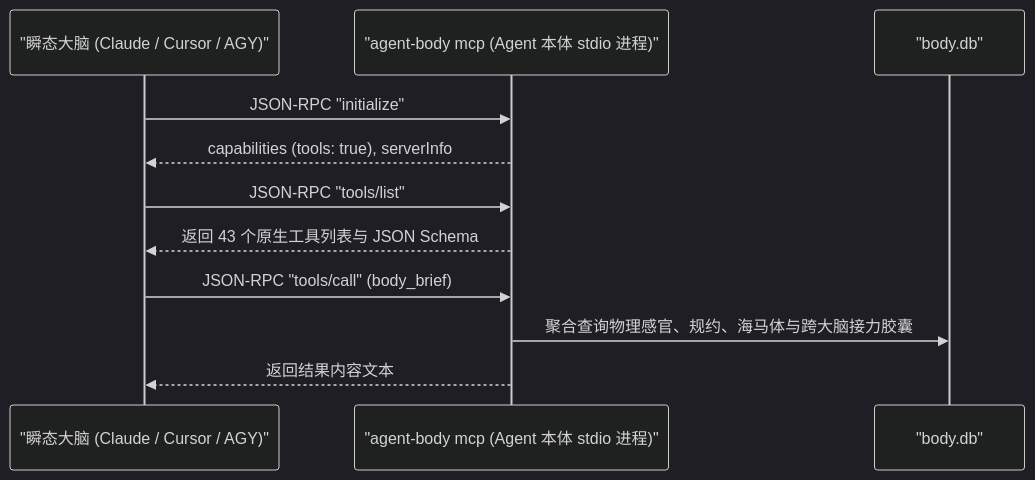
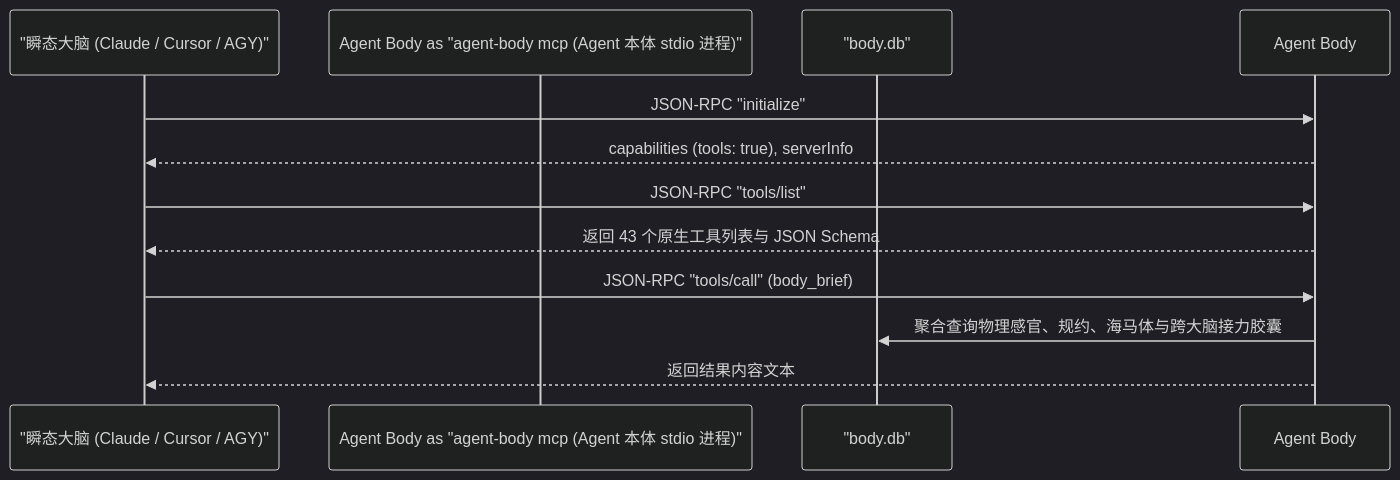
One commit to digoal/agent-body changed the diagram in docs/manual/04-mcp-integration.md. Above: the diagram before and after it, drawn with Mermaid (dark theme). The commit also changed other lines of this file and 214 other files, not shown here.

Commit message:
refactor(naming): unify all legacy names to agent-body and Agent 本体 repo-wide

````diff
--- a/docs/manual/04-mcp-integration.md
+++ b/docs/manual/04-mcp-integration.md
@@ -11,14 +11,14 @@
 ```mermaid
 sequenceDiagram
     participant Agent as "瞬态大脑 (Claude / Cursor / AGY)"
-    participant Steward as "agent-body mcp (Agent 本体 stdio 进程)"
+    participant Agent Body as "agent-body mcp (Agent 本体 stdio 进程)"
     participant SQLite as "body.db"
 
-    Agent->>Steward: JSON-RPC "initialize"
-    Steward-->>Agent: capabilities (tools: true), serverInfo
-    Agent->>Steward: JSON-RPC "tools/list"
-    Steward-->>Agent: 返回 43 个原生工具列表与 JSON Schema
-    Agent->>Steward: JSON-RPC "tools/call" (body_brief)
-    Steward->>SQLite: 聚合查询物理感官、规约、海马体与跨大脑接力胶囊
-    Steward-->>Agent: 返回结果内容文本
+    Agent->>Agent Body: JSON-RPC "initialize"
+    Agent Body-->>Agent: capabilities (tools: true), serverInfo
+    Agent->>Agent Body: JSON-RPC "tools/list"
+    Agent Body-->>Agent: 返回 43 个原生工具列表与 JSON Schema
+    Agent->>Agent Body: JSON-RPC "tools/call" (body_brief)
+    Agent Body->>SQLite: 聚合查询物理感官、规约、海马体与跨大脑接力胶囊
+    Agent Body-->>Agent: 返回结果内容文本
 ```
````
